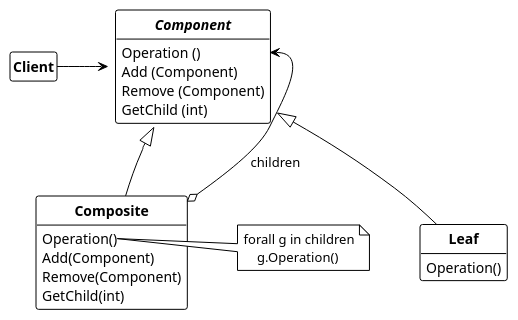
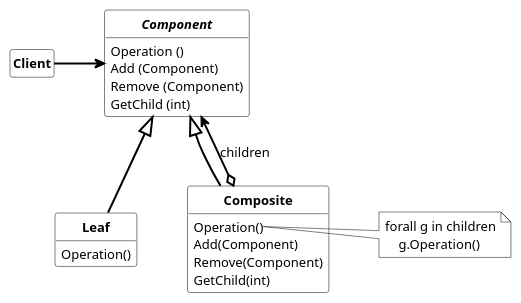
The diagram in structural_pattern/composite/composite.md (dst80/design-patterns), drawn with PlantUML before and after one commit. The commit also changed other lines of this file and 11 other files, not shown here.

````diff
--- a/structural_pattern/composite/composite.md
+++ b/structural_pattern/composite/composite.md
@@ -20,40 +20,53 @@
 ```plantuml
-@startuml composite
-!theme plain
+@startuml Composite
+skinparam ranksep 50
 skinparam nodesep 50
-skinparam ranksep 50
+skinparam class {
+    FontSize 13
+    AttributeFontSize 13
+    FontStyle bold
+    BackgroundColor transparent
+    BorderColor black
+}
+skinparam arrow {
+    Color black
+    FontColor black
+    Thickness 2
+}
+skinparam note {
+    BackgroundColor transparent
+    BorderColor black
+}
 hide circle
 hide fields
-class "**Client**" as client {}
-hide client members
 
-interface "**Component**" as component {
+class Client {}
+hide Client members
+
+interface Component {
     Operation ()
     Add (Component)
     Remove (Component)
     GetChild (int)
 }
-together {
-    class "**Leaf**" as leaf {
-        Operation()
-    }
-    class "**Composite**" as composite {
-        Operation()
-        Add(Component)
-        Remove(Component)
-        GetChild(int)
-    }
-
-    note right of composite::Operation
-        forall g in children
-            g.Operation()
-    end note 
-
-    component <|--d leaf
-    component <|--d composite
+class Composite extends Component {
+    Operation()
+    Add(Component)
+    Remove(Component)
+    GetChild(int)
+}
+class Leaf extends Component {
+    Operation()
 }
 
-client -r--> component
-component::Operation <--o composite : children
+Leaf -r[hidden] Composite
+
+note right of Composite::Operation
+    forall g in children
+        g.Operation()
+end note 
+
+Client -r--> Component
+Component <--o Composite : children
 @enduml
 ```
````
